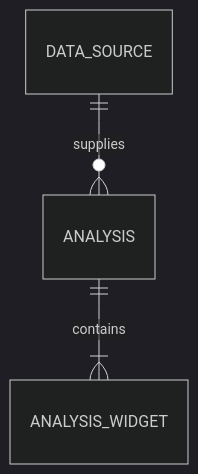
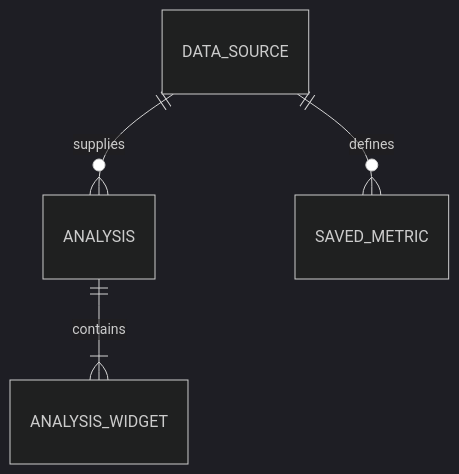
One commit to vanillabrain/vanillameta changed the diagram in docs/entity_model.md. Above: the diagram before and after it, drawn with Mermaid (dark theme). The commit also changed other lines of this file and 18 other files, not shown here.

Commit message:
feat(ai): reuse canonical saved metric expressions in analysis drafts

````diff
--- a/docs/entity_model.md
+++ b/docs/entity_model.md
@@ -7,5 +7,6 @@
 ```mermaid
 erDiagram
     DATA_SOURCE ||--o{ ANALYSIS : supplies
+    DATA_SOURCE ||--o{ SAVED_METRIC : defines
     ANALYSIS ||--|{ ANALYSIS_WIDGET : contains
 ```
````
